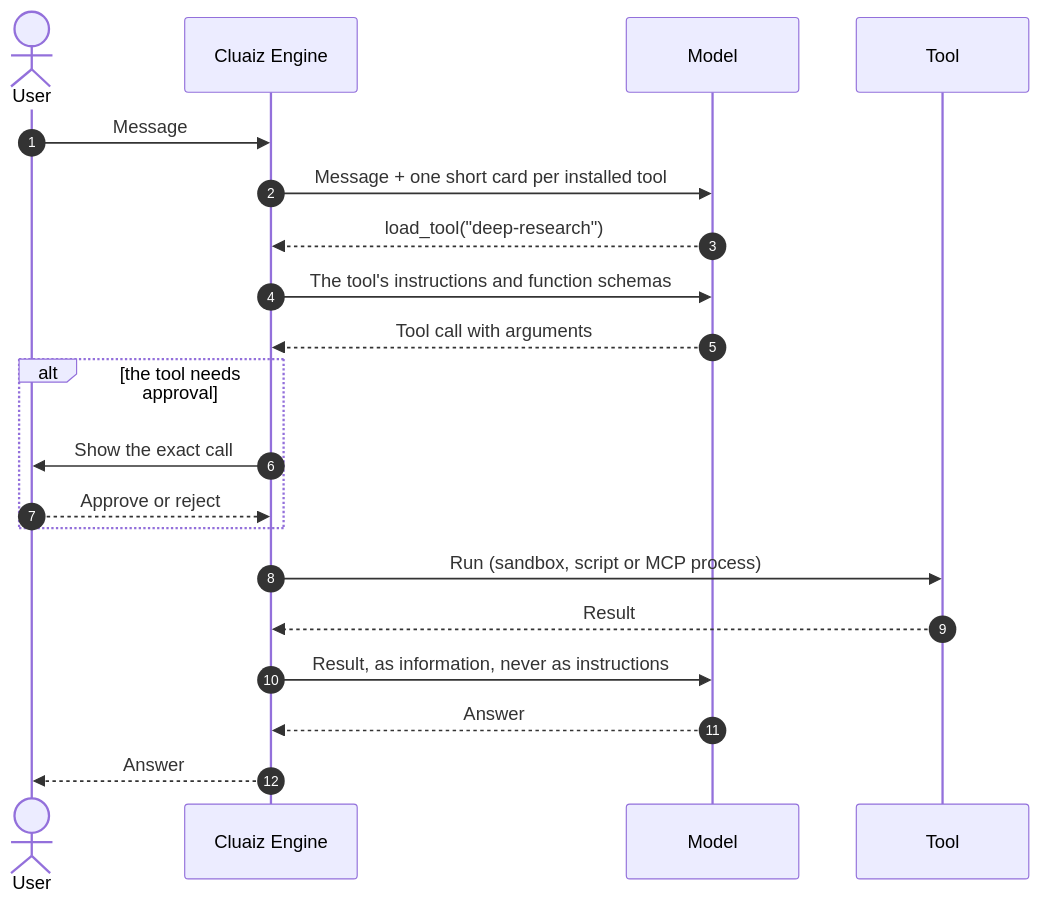
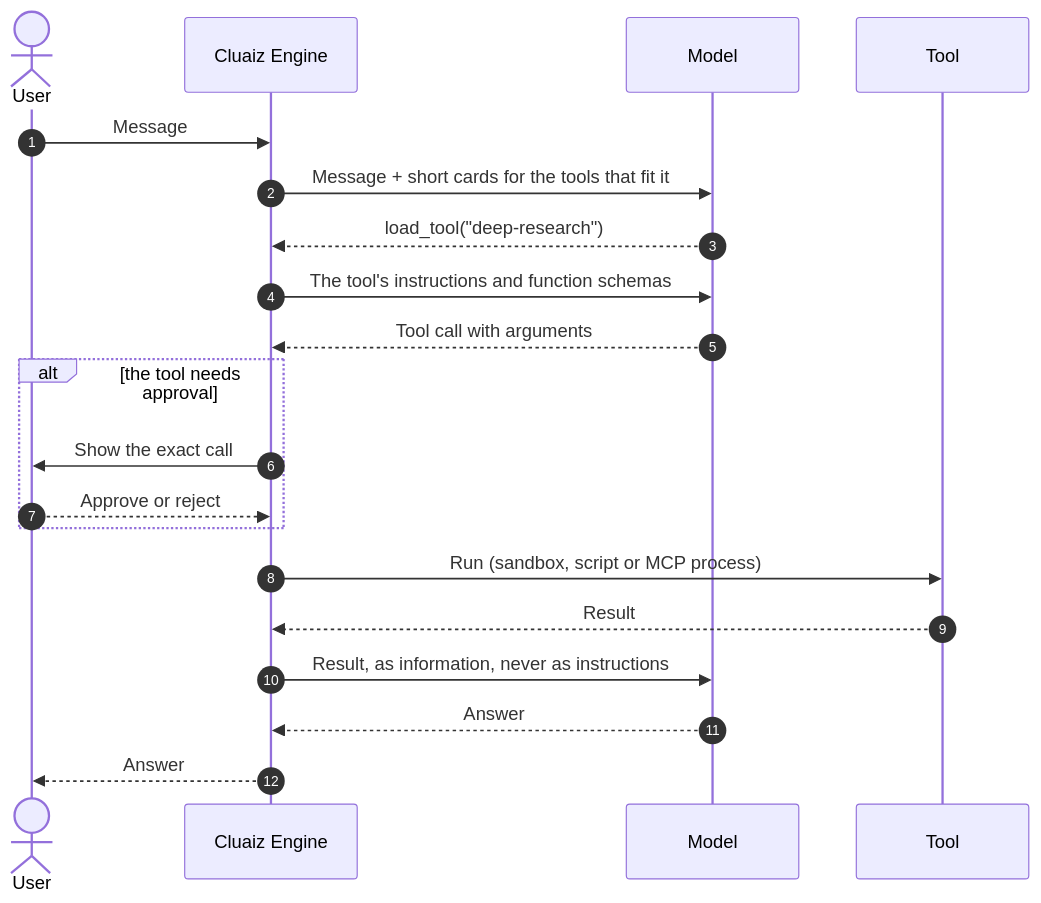
Before and after one commit to cluaiz/cluaiz-tools: the first of 2 diagrams in README.md, drawn with Mermaid. The commit also changed other lines of this file and 2 other files, not shown here.

````diff
--- a/README.md
+++ b/README.md
@@ -127,23 +126,23 @@
 ```mermaid
 sequenceDiagram
     autonumber
     actor U as User
     participant E as Cluaiz Engine
     participant M as Model
     participant T as Tool
 
     U->>E: Message
-    E->>M: Message + one short card per installed tool
+    E->>M: Message + short cards for the tools that fit it
     M-->>E: load_tool("deep-research")
     E->>M: The tool's instructions and function schemas
     M-->>E: Tool call with arguments
     alt the tool needs approval
         E->>U: Show the exact call
         U-->>E: Approve or reject
     end
     E->>T: Run (sandbox, script or MCP process)
     T-->>E: Result
     E->>M: Result, as information, never as instructions
     M-->>E: Answer
     E-->>U: Answer
 ```
````
